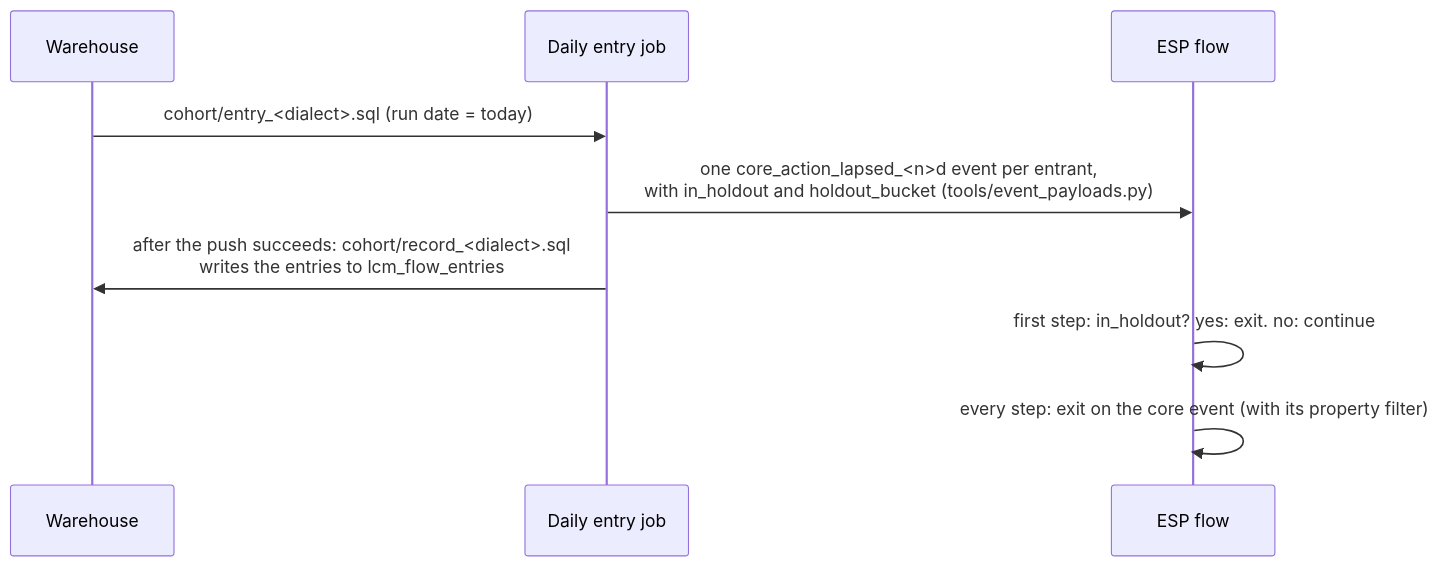
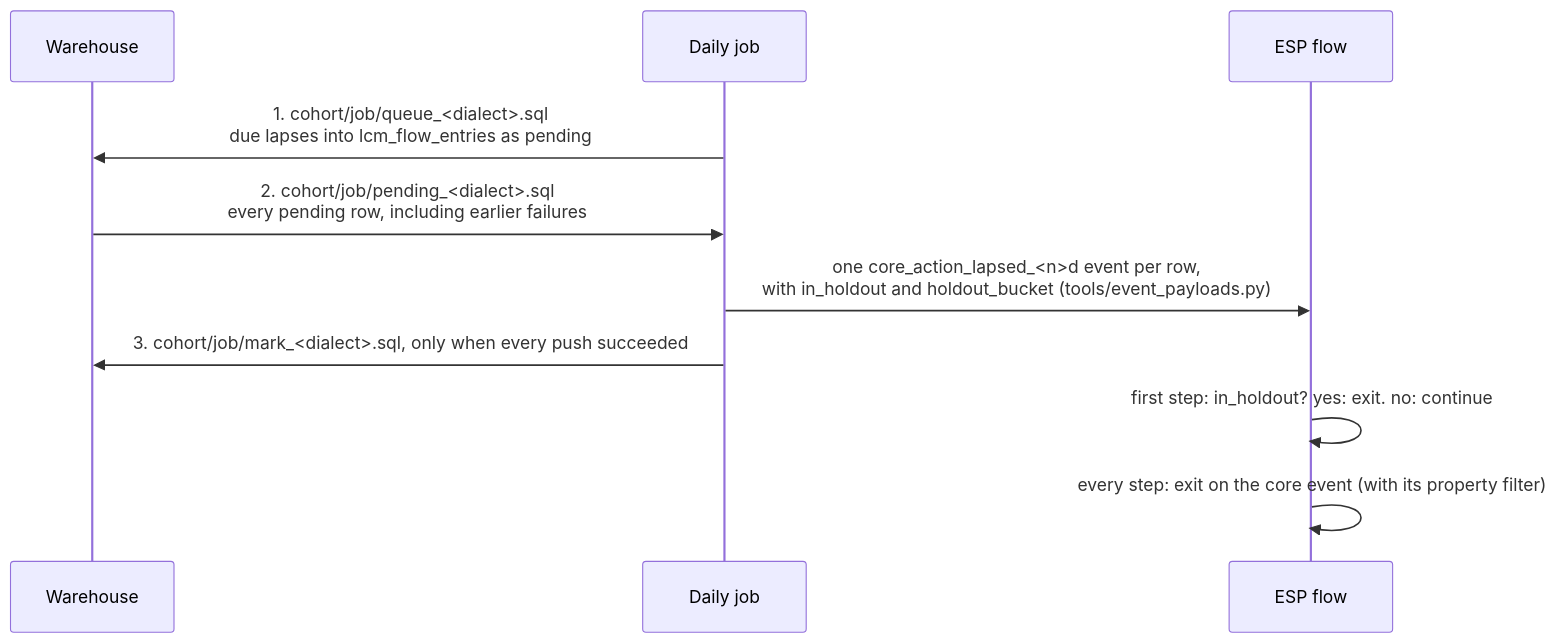
Before and after one commit to kyle-olmstead/lifecycle-marketing-claude-engine: the second of 2 diagrams in docs/architectural_overview.md, drawn with Mermaid. The commit also changed other lines of this file and 35 other files, not shown here.

````diff
--- a/docs/architectural_overview.md
+++ b/docs/architectural_overview.md
@@ -45,11 +45,12 @@
 ```mermaid
 sequenceDiagram
     participant WH as Warehouse
-    participant Job as Daily entry job
+    participant Job as Daily job
     participant ESP as ESP flow
-    WH->>Job: cohort/entry_<dialect>.sql (run date = today)
-    Job->>ESP: one core_action_lapsed_<n>d event per entrant,<br/>with in_holdout and holdout_bucket (tools/event_payloads.py)
-    Job->>WH: after the push succeeds: cohort/record_<dialect>.sql<br/>writes the entries to lcm_flow_entries
+    Job->>WH: 1. cohort/job/queue_<dialect>.sql<br/>due lapses into lcm_flow_entries as pending
+    WH->>Job: 2. cohort/job/pending_<dialect>.sql<br/>every pending row, including earlier failures
+    Job->>ESP: one core_action_lapsed_<n>d event per row,<br/>with in_holdout and holdout_bucket (tools/event_payloads.py)
+    Job->>WH: 3. cohort/job/mark_<dialect>.sql, only when every push succeeded
     ESP->>ESP: first step: in_holdout? yes: exit. no: continue
     ESP->>ESP: every step: exit on the core event (with its property filter)
 ```
````
